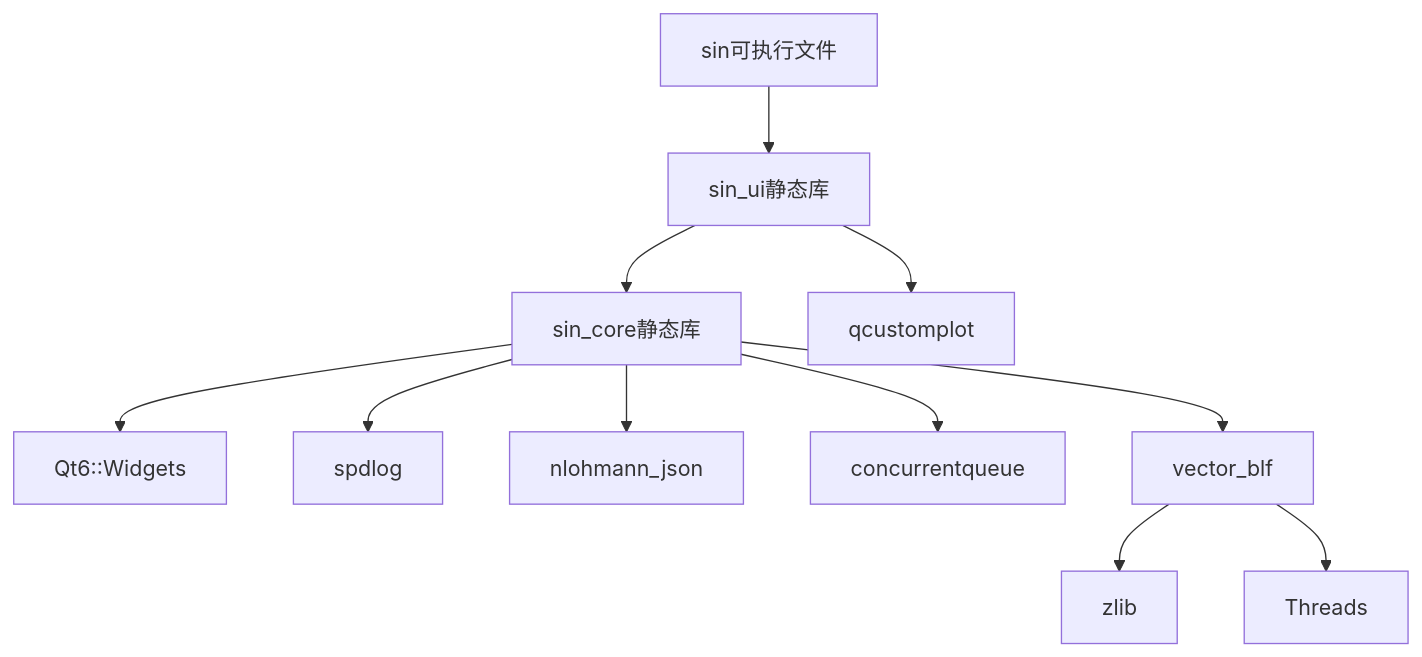
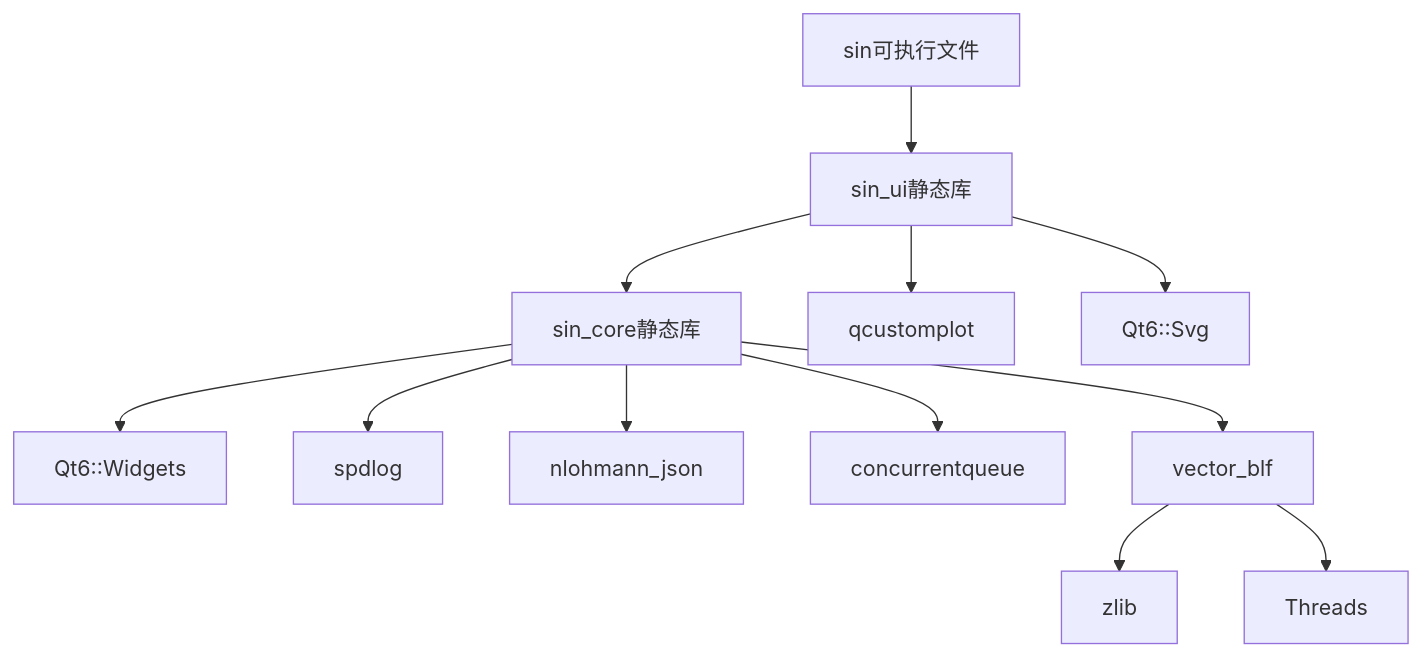
Before and after one commit to jakecai1225-design/OpenBus: the second of 2 diagrams in .qoder/repowiki/zh/content/构建和部署/CMake构建配置.md, drawn with Mermaid. The commit also changed other lines of this file and 40 other files, not shown here.

````diff
--- a/.qoder/repowiki/zh/content/构建和部署/CMake构建配置.md
+++ b/.qoder/repowiki/zh/content/构建和部署/CMake构建配置.md
@@ -485,13 +551,14 @@
 ```mermaid
 graph TD
 A[sin可执行文件] --> B[sin_ui静态库]
 B --> C[sin_core静态库]
 C --> D[Qt6::Widgets]
 C --> E[spdlog]
 C --> F[nlohmann_json]
 C --> G[concurrentqueue]
 C --> H[vector_blf]
 H --> I[zlib]
 H --> J[Threads]
 B --> K[qcustomplot]
+B --> L[Qt6::Svg]
 ```
````
